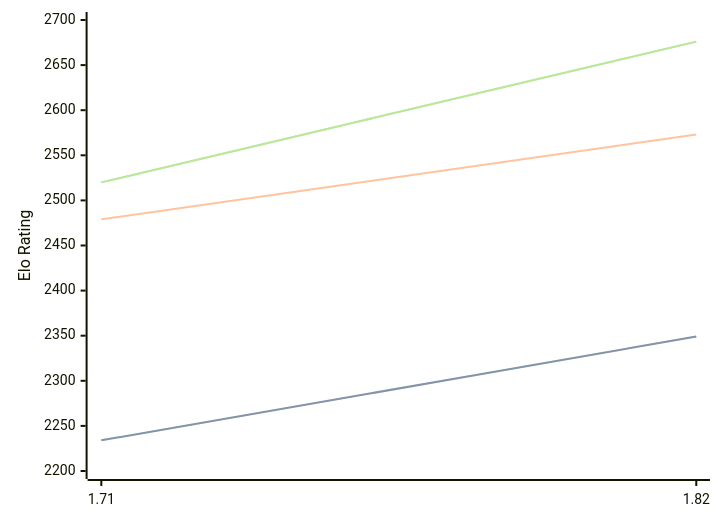
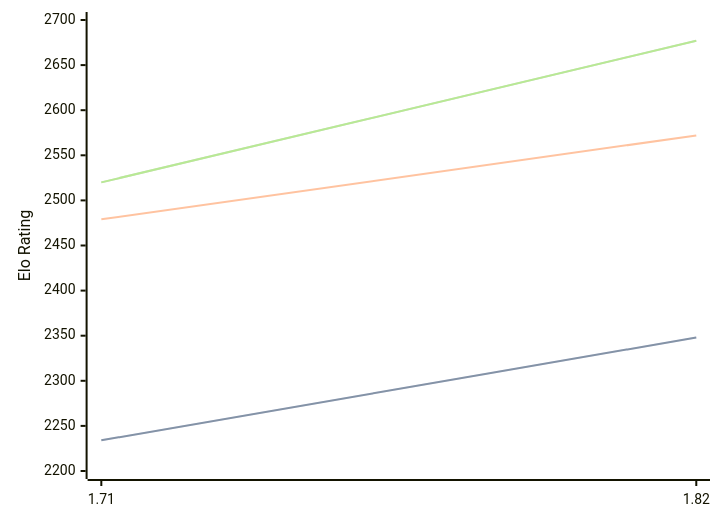
Before and after one commit to computer-chess-index/cci: the diagram in engines/Amira.md, drawn with Mermaid. The commit also changed other lines of this file, not shown here.

Commit message:
Update CCI Ratings (ELO VLTC) - 2026-05-08

````diff
--- a/engines/Amira.md
+++ b/engines/Amira.md
@@ -35,11 +35,11 @@
 ```mermaid
 %%{init: {"theme":"base","themeVariables":{"seriesColors:['#a3a3a3','#222221','#faa371']}}}%%
 xychart-beta
   x-axis ["1.71", "1.82"]
   y-axis "Elo Rating" 2200 --> 2700
-  line "STC (8.0+0.08s)" [2234, 2349]
-  line "STC (8.0+0.08s)" [2234, 2349]
-  line "LTC (60.0+0.60s)" [2479, 2573]
-  line "VLTC (2m24s+1.12s)" [2520, 2676]
-  line "VLTC (2m24s+1.12s)" [2520, 2676]
+  line "STC (8.0+0.08s)" [2234, 2348]
+  line "STC (8.0+0.08s)" [2234, 2348]
+  line "LTC (60.0+0.60s)" [2479, 2572]
+  line "VLTC (2m24s+1.12s)" [2520, 2677]
+  line "VLTC (2m24s+1.12s)" [2520, 2677]
 ```
````
